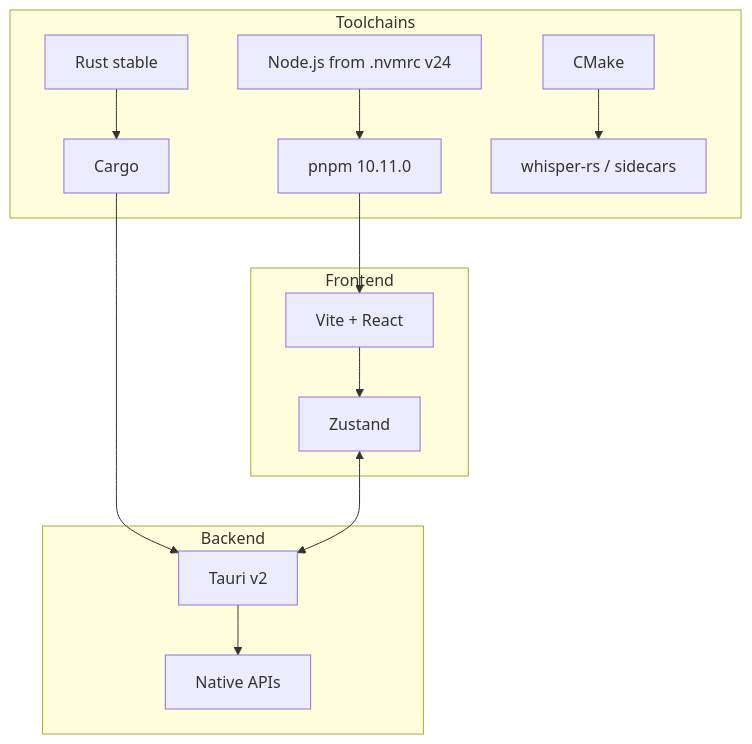
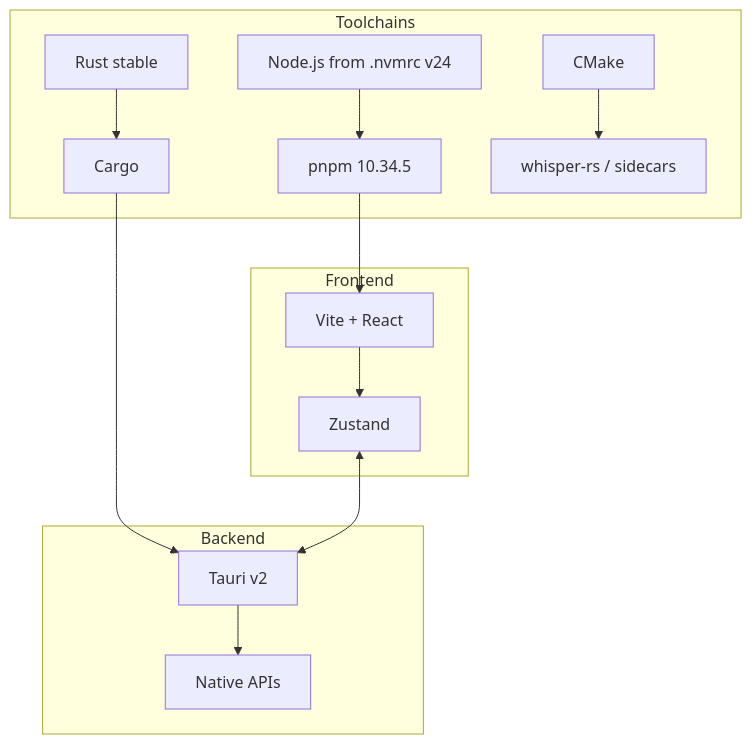
Before and after one commit to maus-inc/mausVoice: the diagram in apps/docs/src/content/docs/development/setup.md, drawn with Mermaid. The commit also changed other lines of this file and 16 other files, not shown here.

````diff
--- a/apps/docs/src/content/docs/development/setup.md
+++ b/apps/docs/src/content/docs/development/setup.md
@@ -17,17 +17,17 @@
 ```mermaid
 flowchart TD
     subgraph Toolchains
-        N[Node.js from .nvmrc v24] --> P[pnpm 10.11.0]
+        N[Node.js from .nvmrc v24] --> P[pnpm 10.34.5]
         R[Rust stable] --> C[Cargo]
         CM[CMake] --> W[whisper-rs / sidecars]
     end
     subgraph Frontend
         P --> V[Vite + React]
         V --> Z[Zustand]
     end
     subgraph Backend
         C --> T[Tauri v2]
         T --> NAPI[Native APIs]
     end
     Z <--> T
 ```
````
